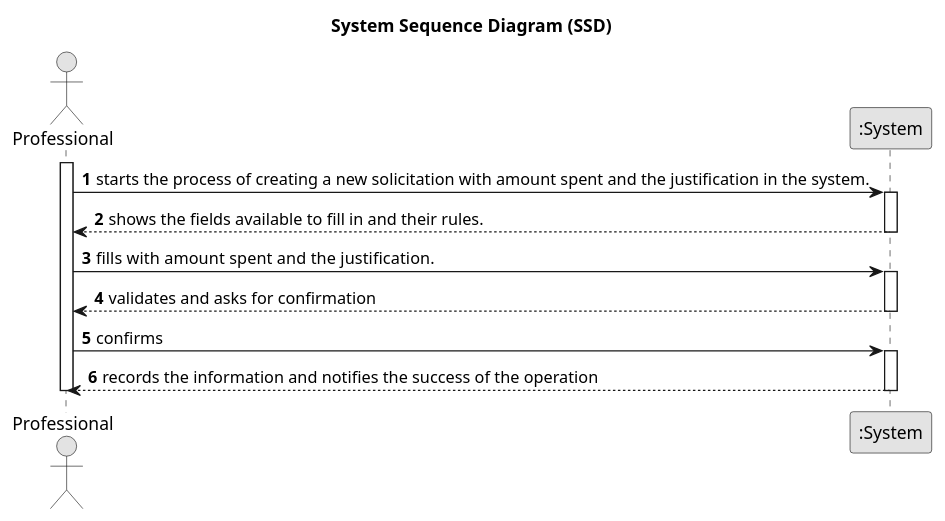
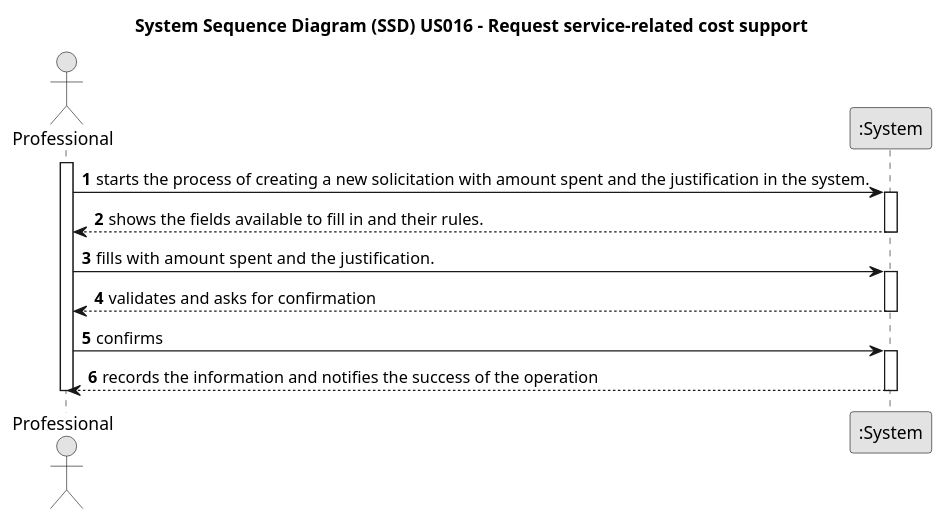
One commit to tbarracha/Upskill-Sprint-2-Gladly-Given changed the diagram in javaSprint2GladlyGiven/Docs/UseCases/uc016/us016-SSD.puml. Above: the diagram before and after it, drawn with PlantUML. The commit also changed 5 other files, not shown here.

```diff
--- a/javaSprint2GladlyGiven/Docs/UseCases/uc016/us016-SSD.puml
+++ b/javaSprint2GladlyGiven/Docs/UseCases/uc016/us016-SSD.puml
@@ -1,30 +1,30 @@
 @startuml
 skinparam monochrome true
 skinparam packageStyle rectangle
 skinparam shadowing false
 
-title System Sequence Diagram (SSD)
+title System Sequence Diagram (SSD) US016 - Request service-related cost support
 
 autonumber
 
 actor Professional
 participant ":System" as System
 
 activate Professional
     Professional -> System : starts the process of creating a new solicitation with amount spent and the justification in the system.
     activate System
         System --> Professional : shows the fields available to fill in and their rules.
     deactivate System
 
     Professional -> System : fills  with amount spent and the justification.
     activate System
         System --> Professional : validates and asks for confirmation
     deactivate System
 
     Professional -> System : confirms
     activate System
         System --> Professional : records the information and notifies the success of the operation
     deactivate System
 deactivate Professional
 
 @enduml
```
